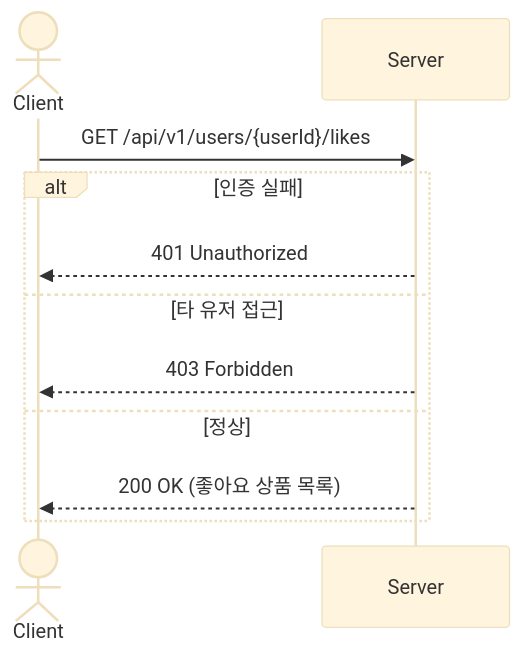
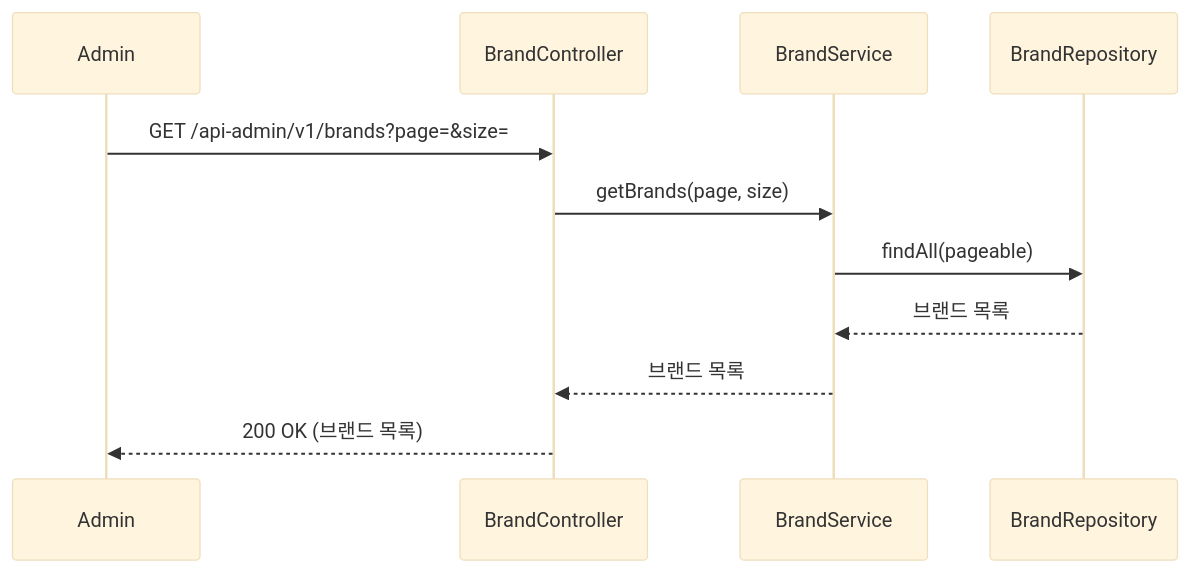
One commit to loopers-labs/loop-pack-be-l2-vol4-java changed the sixth of 34 diagrams in .docs/design/sequence-diagrams.md. Above: the diagram before and after it, drawn with Mermaid (base theme). The commit also changed other lines of this file and 1 other file, not shown here.

Commit message:
fix: 관리자 모듈 지우고 각 브랜드&상품-어드민, 주문-어드민으로 분리 브랜드&상품 누락 유스케이스 추가 어드민 권한 확인 로직 main flow 에 추가

````diff
--- a/.docs/design/sequence-diagrams.md
+++ b/.docs/design/sequence-diagrams.md
@@ -152,14 +136,14 @@
 ```mermaid
 sequenceDiagram
-    actor Client
-    participant Server
+    participant Admin
+    participant BrandController
+    participant BrandService
+    participant BrandRepository
 
-    Client->>Server: GET /api/v1/users/{userId}/likes
-    alt 인증 실패
-        Server-->>Client: 401 Unauthorized
-    else 타 유저 접근
-        Server-->>Client: 403 Forbidden
-    else 정상
-        Server-->>Client: 200 OK (좋아요 상품 목록)
-    end
+    Admin->>BrandController: GET /api-admin/v1/brands?page=&size=
+    BrandController->>BrandService: getBrands(page, size)
+    BrandService->>BrandRepository: findAll(pageable)
+    BrandRepository-->>BrandService: 브랜드 목록
+    BrandService-->>BrandController: 브랜드 목록
+    BrandController-->>Admin: 200 OK (브랜드 목록)
 ```
````
